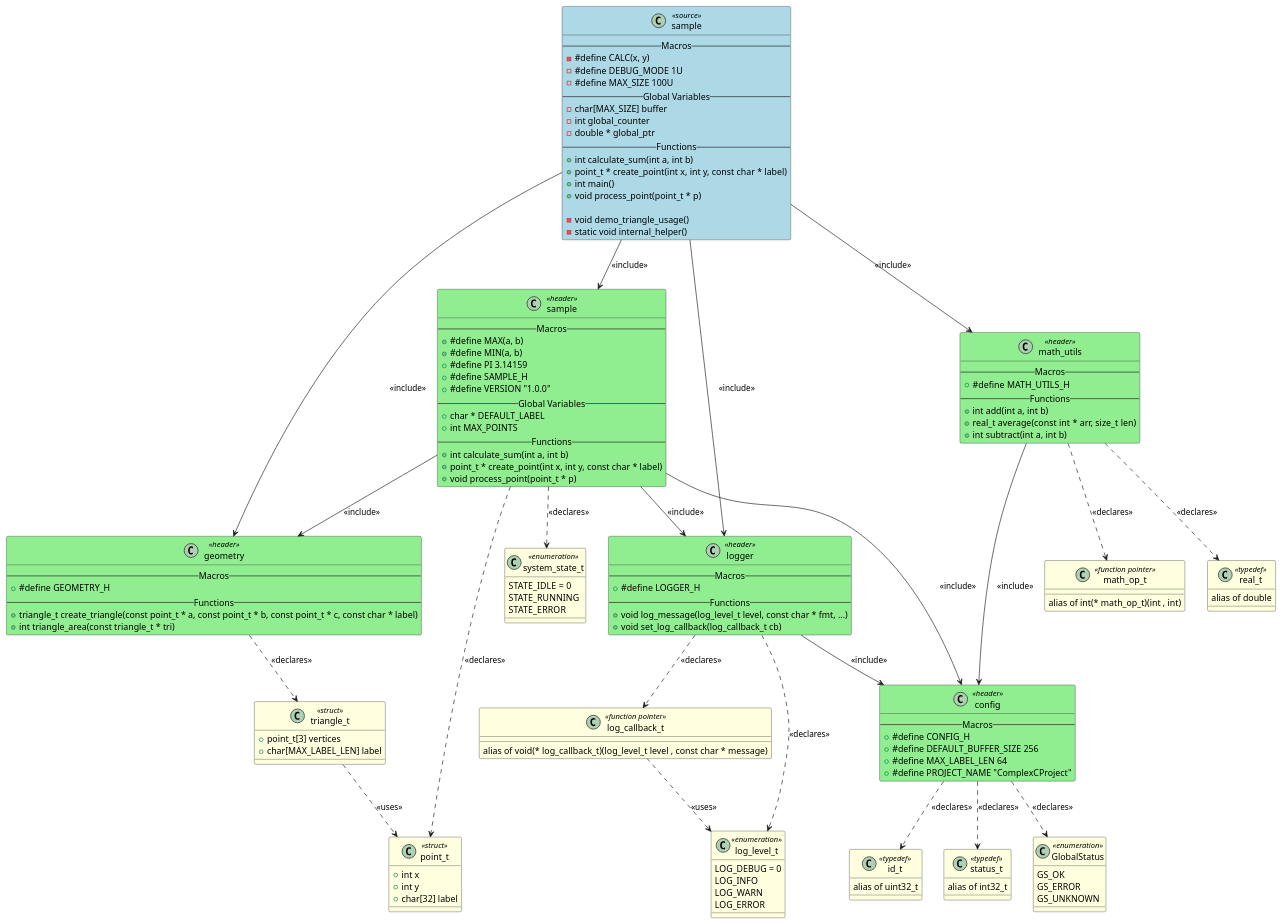
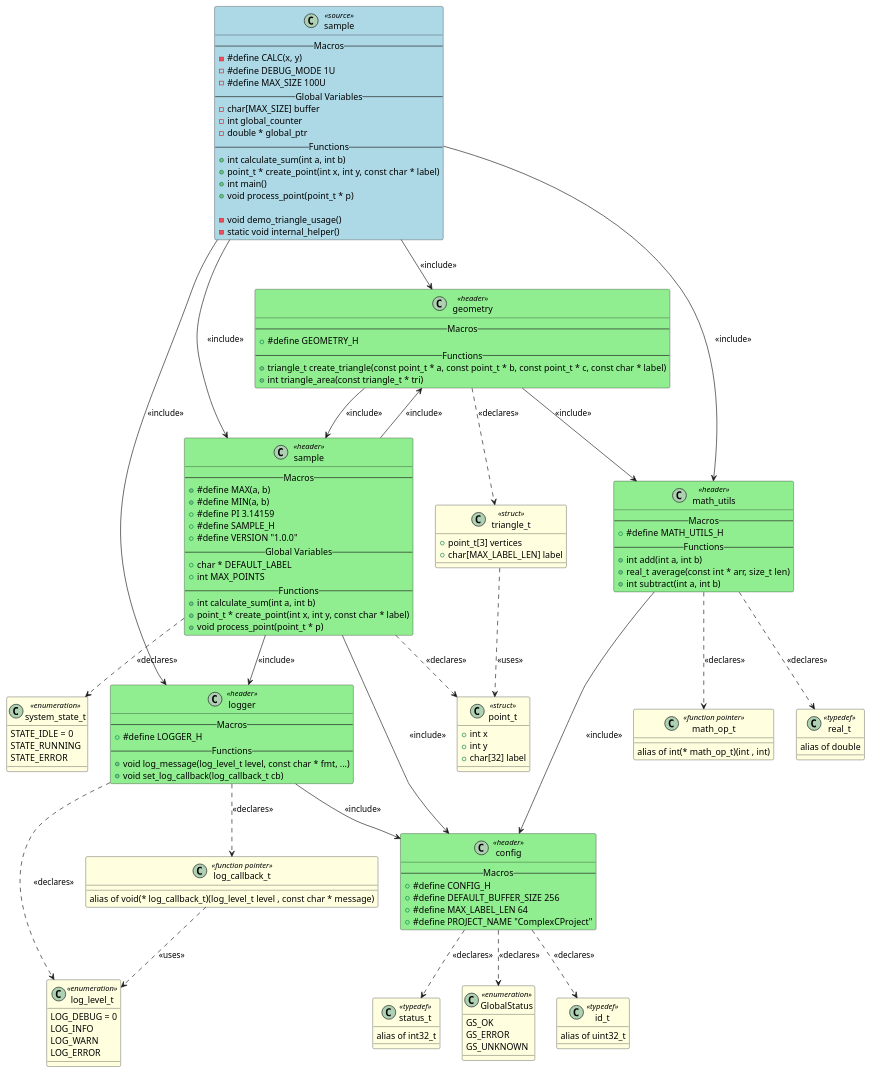
The diagram in artifacts/output_example/sample.puml (fischerjooo/c2puml), drawn with PlantUML before and after one commit. The commit also changed 23 other files, not shown here.

```diff
--- a/artifacts/output_example/sample.puml
+++ b/artifacts/output_example/sample.puml
@@ -1,165 +1,167 @@
 @startuml sample
 
 class "sample" as SAMPLE <<source>> #LightBlue
 {
     -- Macros --
     - #define CALC(x, y)
     - #define DEBUG_MODE 1U
     - #define MAX_SIZE 100U
     -- Global Variables --
     - char[MAX_SIZE] buffer
     - int global_counter
     - double * global_ptr
     -- Functions --
     + int calculate_sum(int a, int b)
     + point_t * create_point(int x, int y, const char * label)
     + int main()
     + void process_point(point_t * p)
 
     - void demo_triangle_usage()
     - static void internal_helper()
 }
 
 class "config" as HEADER_CONFIG <<header>> #LightGreen
 {
     -- Macros --
     + #define CONFIG_H
     + #define DEFAULT_BUFFER_SIZE 256
     + #define MAX_LABEL_LEN 64
     + #define PROJECT_NAME "ComplexCProject"
 }
 
 class "geometry" as HEADER_GEOMETRY <<header>> #LightGreen
 {
     -- Macros --
     + #define GEOMETRY_H
     -- Functions --
     + triangle_t create_triangle(const point_t * a, const point_t * b, const point_t * c, const char * label)
     + int triangle_area(const triangle_t * tri)
 }
 
 class "logger" as HEADER_LOGGER <<header>> #LightGreen
 {
     -- Macros --
     + #define LOGGER_H
     -- Functions --
     + void log_message(log_level_t level, const char * fmt, ...)
     + void set_log_callback(log_callback_t cb)
 }
 
 class "math_utils" as HEADER_MATH_UTILS <<header>> #LightGreen
 {
     -- Macros --
     + #define MATH_UTILS_H
     -- Functions --
     + int add(int a, int b)
     + real_t average(const int * arr, size_t len)
     + int subtract(int a, int b)
 }
 
 class "sample" as HEADER_SAMPLE <<header>> #LightGreen
 {
     -- Macros --
     + #define MAX(a, b)
     + #define MIN(a, b)
     + #define PI 3.14159
     + #define SAMPLE_H
     + #define VERSION "1.0.0"
     -- Global Variables --
     + char * DEFAULT_LABEL
     + int MAX_POINTS
     -- Functions --
     + int calculate_sum(int a, int b)
     + point_t * create_point(int x, int y, const char * label)
     + void process_point(point_t * p)
 }
 
 class "GlobalStatus" as TYPEDEF_GLOBALSTATUS <<enumeration>> #LightYellow
 {
     GS_OK
     GS_ERROR
     GS_UNKNOWN
 }
 
 class "id_t" as TYPEDEF_ID_T <<typedef>> #LightYellow
 {
     alias of uint32_t
 }
 
 class "status_t" as TYPEDEF_STATUS_T <<typedef>> #LightYellow
 {
     alias of int32_t
 }
 
 class "triangle_t" as TYPEDEF_TRIANGLE_T <<struct>> #LightYellow
 {
     + point_t[3] vertices
     + char[MAX_LABEL_LEN] label
 }
 
 class "log_level_t" as TYPEDEF_LOG_LEVEL_T <<enumeration>> #LightYellow
 {
     LOG_DEBUG = 0
     LOG_INFO
     LOG_WARN
     LOG_ERROR
 }
 
 class "log_callback_t" as TYPEDEF_LOG_CALLBACK_T <<function pointer>> #LightYellow
 {
     alias of void(* log_callback_t)(log_level_t level , const char * message)
 }
 
 class "math_op_t" as TYPEDEF_MATH_OP_T <<function pointer>> #LightYellow
 {
     alias of int(* math_op_t)(int , int)
 }
 
 class "real_t" as TYPEDEF_REAL_T <<typedef>> #LightYellow
 {
     alias of double
 }
 
 class "point_t" as TYPEDEF_POINT_T <<struct>> #LightYellow
 {
     + int x
     + int y
     + char[32] label
 }
 
 class "system_state_t" as TYPEDEF_SYSTEM_STATE_T <<enumeration>> #LightYellow
 {
     STATE_IDLE = 0
     STATE_RUNNING
     STATE_ERROR
 }
 
 
 ' Include relationships
+HEADER_GEOMETRY --> HEADER_MATH_UTILS : <<include>>
+HEADER_GEOMETRY --> HEADER_SAMPLE : <<include>>
 HEADER_LOGGER --> HEADER_CONFIG : <<include>>
 HEADER_MATH_UTILS --> HEADER_CONFIG : <<include>>
 SAMPLE --> HEADER_GEOMETRY : <<include>>
 SAMPLE --> HEADER_LOGGER : <<include>>
 SAMPLE --> HEADER_MATH_UTILS : <<include>>
 SAMPLE --> HEADER_SAMPLE : <<include>>
 HEADER_SAMPLE --> HEADER_CONFIG : <<include>>
 HEADER_SAMPLE --> HEADER_GEOMETRY : <<include>>
 HEADER_SAMPLE --> HEADER_LOGGER : <<include>>
 
 ' Declaration relationships
 HEADER_CONFIG ..> TYPEDEF_GLOBALSTATUS : <<declares>>
 HEADER_CONFIG ..> TYPEDEF_ID_T : <<declares>>
 HEADER_CONFIG ..> TYPEDEF_STATUS_T : <<declares>>
 HEADER_GEOMETRY ..> TYPEDEF_TRIANGLE_T : <<declares>>
 HEADER_LOGGER ..> TYPEDEF_LOG_LEVEL_T : <<declares>>
 HEADER_LOGGER ..> TYPEDEF_LOG_CALLBACK_T : <<declares>>
 HEADER_MATH_UTILS ..> TYPEDEF_MATH_OP_T : <<declares>>
 HEADER_MATH_UTILS ..> TYPEDEF_REAL_T : <<declares>>
 HEADER_SAMPLE ..> TYPEDEF_POINT_T : <<declares>>
 HEADER_SAMPLE ..> TYPEDEF_SYSTEM_STATE_T : <<declares>>
 
 ' Uses relationships
 TYPEDEF_TRIANGLE_T ..> TYPEDEF_POINT_T : <<uses>>
 TYPEDEF_LOG_CALLBACK_T ..> TYPEDEF_LOG_LEVEL_T : <<uses>>
 
 @enduml
```
